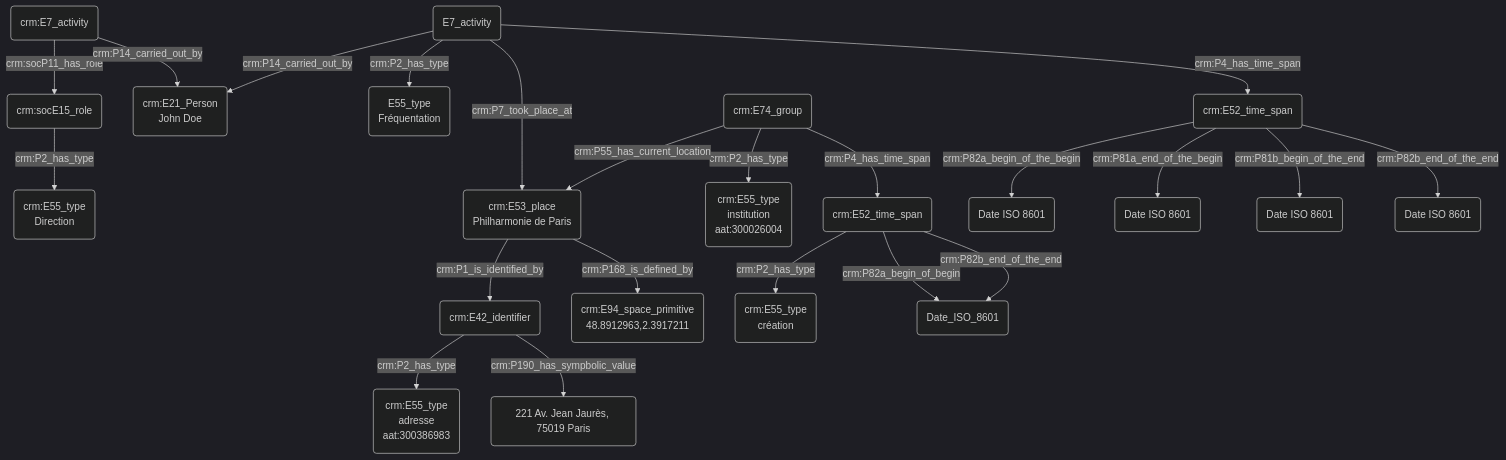
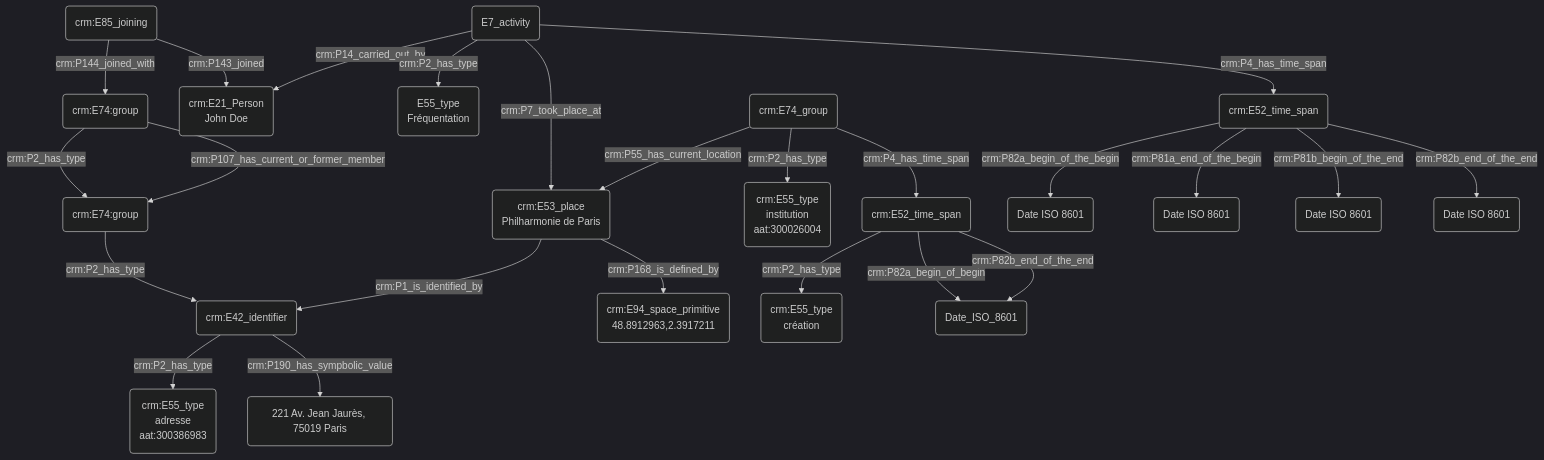
The diagram in modules/livrables/Dossier 2/Prosopographie/fréquentation d'une institution.md (Amleth/consortium-musica2-gt2-ontologies), drawn with Mermaid (dark theme) before and after one commit.

Commit message:
Update fréquentation d'une institution.md

````diff
--- a/modules/livrables/Dossier 2/Prosopographie/fréquentation d'une institution.md
+++ b/modules/livrables/Dossier 2/Prosopographie/fréquentation d'une institution.md
@@ -11,29 +11,31 @@
 ```mermaid
 graph TD;
 
-P(crm:E7_activity) --> |crm:socP11_has_role| Q(crm:socE15_role)
-Q(crm:socE15_role) -->|crm:P2_has_type| R(crm:E55_type<br>Direction)
-P(crm:E7_activity) --> |crm:P14_carried_out_by| A("crm:E21_Person<br>John Doe")
+P(crm:E85_joining) --> |crm:P144_joined_with| Q(crm:E74:group)
+Q(crm:E74:group) -->|crm:P2_has_type| R(crm:E55_type<br>institution<br>aat:300026004)
+P(crm:E85_joining) --> |crm:P143_joined| A("crm:E21_Person<br>John Doe")
+Q(crm:E74:group) --> |crm:P107_has_current_or_former_member| R(crm:E74:group)
+R(crm:E74:group) --> |crm:P2_has_type| S(crm:E55_type<br>Direction<br>aat:300404157)
 
 B(E7_activity) -->|crm:P14_carried_out_by| A("crm:E21_Person<br>John Doe")
 B(E7_activity) -->|crm:P2_has_type| C(E55_type<br>Fréquentation)
 
 B(E7_activity) --->|crm:P7_took_place_at| K(E53_place<br>Philharmonie de Paris)
 I(crm:E74_group) -->|crm:P2_has_type| J(crm:E55_type<br>institution<br>aat:300026004)
 I(crm:E74_group) -->|crm:P55_has_current_location| K(crm:E53_place)
 K(crm:E53_place<br>Philharmonie de Paris) --> |crm:P1_is_identified_by| S(crm:E42_identifier)
 K(crm:E53_place<br>Philharmonie de Paris) --> |crm:P168_is_defined_by| X(crm:E94_space_primitive<br>48.8912963,2.3917211)
 S(crm:E42_identifier) --> |crm:P2_has_type| T(crm:E55_type<br>adresse<br>aat:300386983)
 S(crm:E42_identifier) --> |crm:P190_has_sympbolic_value| U(221 Av. Jean Jaurès, 75019 Paris)
 I(crm:E74_group) -->|crm:P4_has_time_span| M(crm:E52_time_span)
 M(crm:E52_time_span) -->|crm:P2_has_type| N(crm:E55_type<br>création)
 M(crm:E52_time_span) -->|crm:P82a_begin_of_begin| O(Date_ISO_8601)
 M(crm:E52_time_span) -->|crm:P82b_end_of_the_end| O(Date_ISO_8601)
 
 B(E7_activity) --> |crm:P4_has_time_span| D(crm:E52_time_span)
 D(crm:E52_time_span) --> |crm:P82a_begin_of_the_begin| E("Date ISO 8601")
 D(crm:E52_time_span) --> |crm:P81a_end_of_the_begin| F("Date ISO 8601")
 D(crm:E52_time_span) --> |crm:P81b_begin_of_the_end|G("Date ISO 8601")
 D(crm:E52_time_span) --> |crm:P82b_end_of_the_end| H("Date ISO 8601")
 
 ```
````
